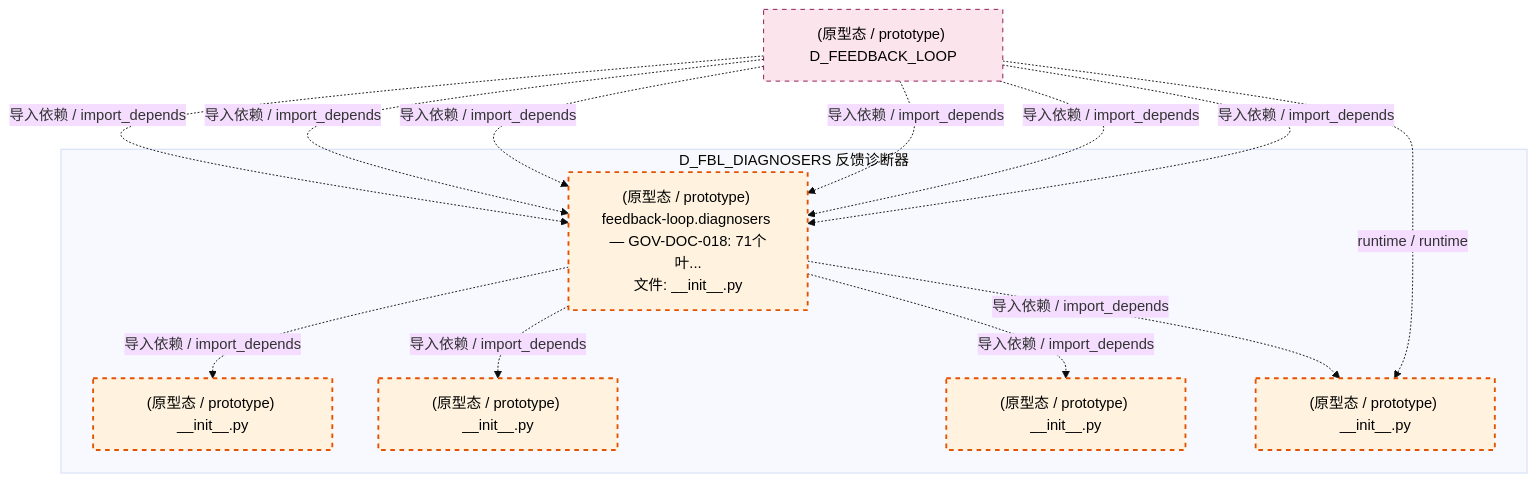
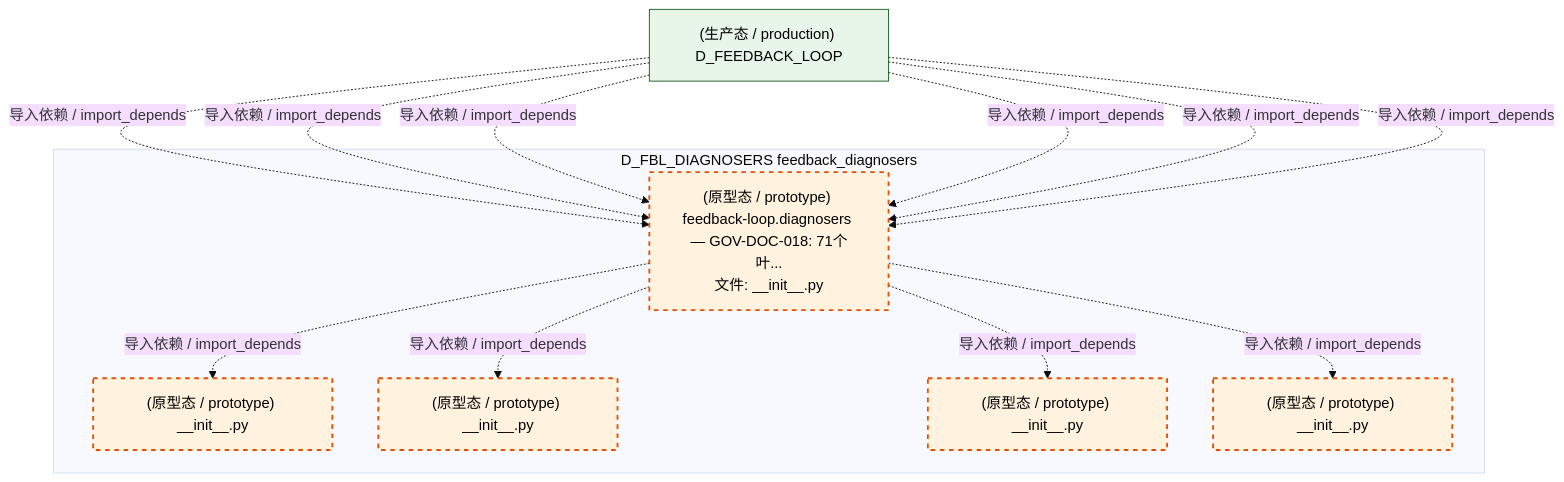
The fifth of 6 diagrams in docs/02_enterprise_architecture/02_domain_architecture_docs/12_d_fbl_diagnosers.md (xuanFelixVan/ZephyrAlpha), drawn with Mermaid (base theme) before and after one commit. The commit also changed other lines of this file and 115 other files, not shown here.

````diff
--- a/docs/02_enterprise_architecture/02_domain_architecture_docs/12_d_fbl_diagnosers.md
+++ b/docs/02_enterprise_architecture/02_domain_architecture_docs/12_d_fbl_diagnosers.md
@@ -374,28 +371,27 @@
 ```mermaid
 graph TD
-    subgraph D_FBL_DIAGNOSERS["D_FBL_DIAGNOSERS 反馈诊断器"]
+    subgraph D_FBL_DIAGNOSERS["D_FBL_DIAGNOSERS feedback_diagnosers"]
         src_zephyr_feedback_loop_diagnosers_init_py["(原型态 / prototype) feedback-loop.diagnosers — GOV-DOC-018: 71个叶...<br/>文件: __init__.py"]
         src_zephyr_feedback_loop_diagnosers_cognitive_init_py["(原型态 / prototype) __init__.py"]
         src_zephyr_feedback_loop_diagnosers_diagnosis_init_py["(原型态 / prototype) __init__.py"]
         src_zephyr_feedback_loop_diagnosers_health_init_py["(原型态 / prototype) __init__.py"]
         src_zephyr_feedback_loop_diagnosers_reliability_init_py["(原型态 / prototype) __init__.py"]
     end
+    src_zephyr_feedback_loop_diagnosers_init_py -.->|导入依赖 / import_depends| src_zephyr_feedback_loop_diagnosers_cognitive_init_py
+    src_zephyr_feedback_loop_diagnosers_init_py -.->|导入依赖 / import_depends| src_zephyr_feedback_loop_diagnosers_diagnosis_init_py
+    src_zephyr_feedback_loop_diagnosers_init_py -.->|导入依赖 / import_depends| src_zephyr_feedback_loop_diagnosers_health_init_py
     src_zephyr_feedback_loop_diagnosers_init_py -.->|导入依赖 / import_depends| src_zephyr_feedback_loop_diagnosers_reliability_init_py
-    src_zephyr_feedback_loop_diagnosers_init_py -.->|导入依赖 / import_depends| src_zephyr_feedback_loop_diagnosers_health_init_py
-    src_zephyr_feedback_loop_diagnosers_init_py -.->|导入依赖 / import_depends| src_zephyr_feedback_loop_diagnosers_diagnosis_init_py
-    src_zephyr_feedback_loop_diagnosers_init_py -.->|导入依赖 / import_depends| src_zephyr_feedback_loop_diagnosers_cognitive_init_py
-    D_FEEDBACK_LOOP["(原型态 / prototype) D_FEEDBACK_LOOP"]
-    D_FEEDBACK_LOOP -.->|runtime / runtime| src_zephyr_feedback_loop_diagnosers_reliability_init_py
+    D_FEEDBACK_LOOP["(生产态 / production) D_FEEDBACK_LOOP"]
     D_FEEDBACK_LOOP -.->|导入依赖 / import_depends| src_zephyr_feedback_loop_diagnosers_init_py
     D_FEEDBACK_LOOP -.->|导入依赖 / import_depends| src_zephyr_feedback_loop_diagnosers_init_py
     D_FEEDBACK_LOOP -.->|导入依赖 / import_depends| src_zephyr_feedback_loop_diagnosers_init_py
     D_FEEDBACK_LOOP -.->|导入依赖 / import_depends| src_zephyr_feedback_loop_diagnosers_init_py
     D_FEEDBACK_LOOP -.->|导入依赖 / import_depends| src_zephyr_feedback_loop_diagnosers_init_py
     D_FEEDBACK_LOOP -.->|导入依赖 / import_depends| src_zephyr_feedback_loop_diagnosers_init_py
     classDef production fill:#e1f5fe,stroke:#01579b,stroke-width:2px,color:#000
     classDef design fill:#fff3e0,stroke:#e65100,stroke-width:2px,color:#000,stroke-dasharray: 5 5
     classDef external_prod fill:#e8f5e9,stroke:#1b5e20,stroke-width:1px,color:#000
     classDef external_design fill:#fce4ec,stroke:#880e4f,stroke-width:1px,color:#000,stroke-dasharray: 5 5
     class src_zephyr_feedback_loop_diagnosers_init_py,src_zephyr_feedback_loop_diagnosers_cognitive_init_py,src_zephyr_feedback_loop_diagnosers_diagnosis_init_py,src_zephyr_feedback_loop_diagnosers_health_init_py,src_zephyr_feedback_loop_diagnosers_reliability_init_py design
-    class D_FEEDBACK_LOOP external_design
+    class D_FEEDBACK_LOOP external_prod
 ```
````
